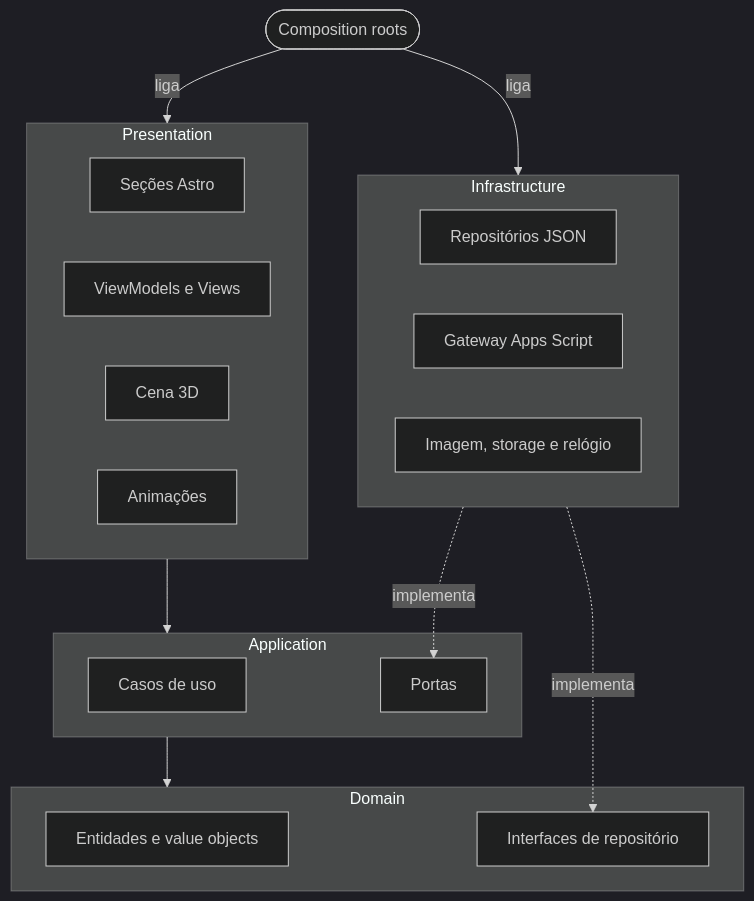
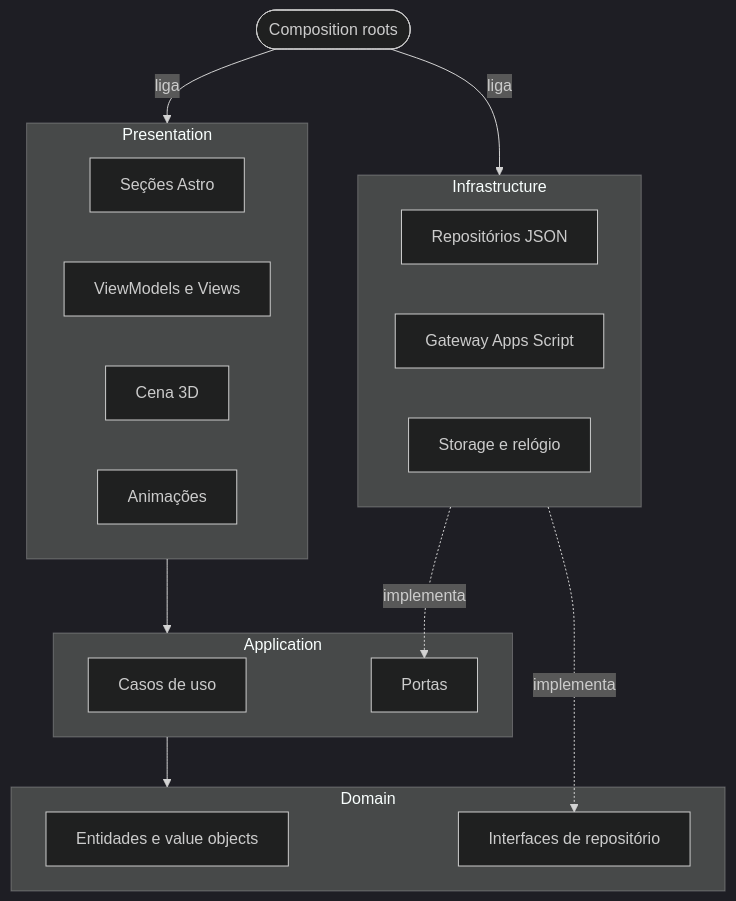
The first of 2 diagrams in README.md (Marcos-Codfy/lp-hackarun), drawn with Mermaid (dark theme) before and after one commit. The commit also changed other lines of this file and 1 other file, not shown here.

````diff
--- a/README.md
+++ b/README.md
@@ -119,30 +128,30 @@
 ```mermaid
 flowchart TB
   subgraph PRES["Presentation"]
     SEC["Seções Astro"]
     MVVM["ViewModels e Views"]
     XP["Cena 3D"]
     MOT["Animações"]
   end
   subgraph APP["Application"]
     UC["Casos de uso"]
     PORTS["Portas"]
   end
   subgraph DOM["Domain"]
     ENT["Entidades e value objects"]
     REPO["Interfaces de repositório"]
   end
   subgraph INFRA["Infrastructure"]
     JSON["Repositórios JSON"]
     GAS["Gateway Apps Script"]
-    ADP["Imagem, storage e relógio"]
+    ADP["Storage e relógio"]
   end
   COMP(["Composition roots"])
 
   COMP -- liga --> PRES
   COMP -- liga --> INFRA
   PRES --> APP
   APP --> DOM
   INFRA -. implementa .-> PORTS
   INFRA -. implementa .-> REPO
 ```
````
